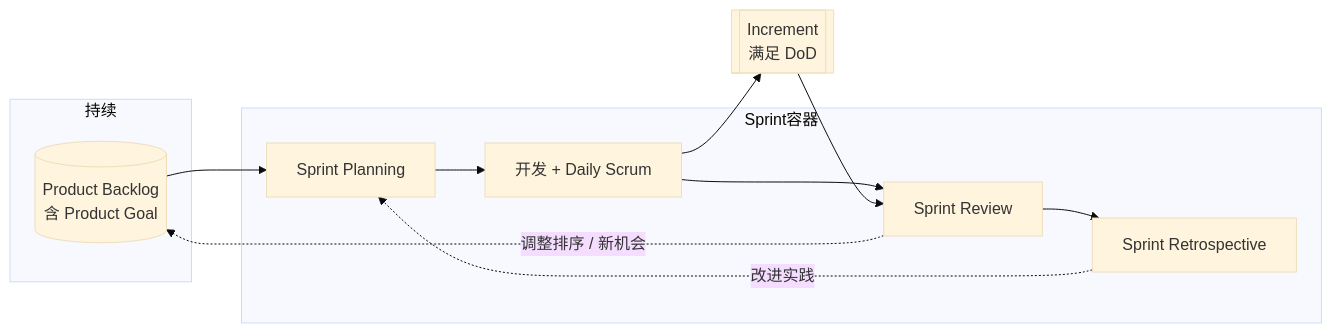
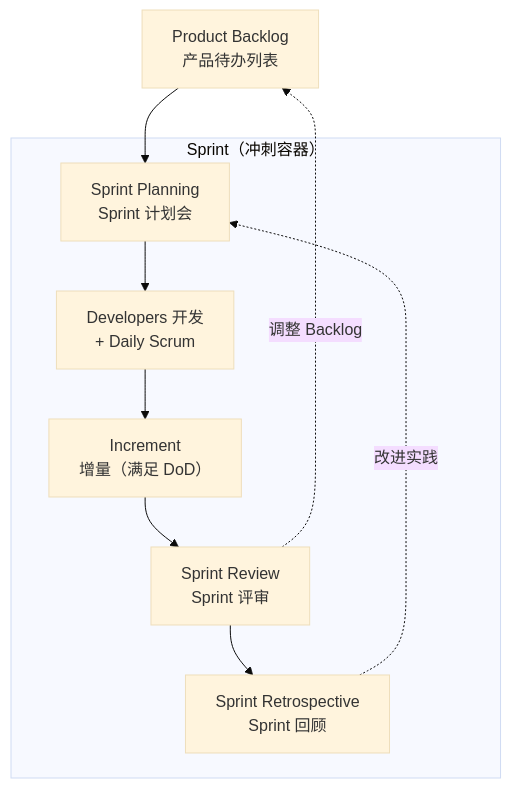
The diagram in content/scrum/_index.md (o92/blog), drawn with Mermaid (base theme) before and after one commit. The commit also changed other lines of this file and 16 other files, not shown here.

````diff
--- a/content/scrum/_index.md
+++ b/content/scrum/_index.md
@@ -15,20 +17,17 @@
 ```mermaid
-flowchart LR
-  subgraph 持续
-    PB[(Product Backlog<br/>含 Product Goal)]
-  end
+flowchart TD
+  PB["Product Backlog<br/>产品待办列表"]
 
-  subgraph Sprint容器
-    SP[Sprint Planning]
-    DEV[开发 + Daily Scrum]
-    SR[Sprint Review]
-    SRetro[Sprint Retrospective]
-    SP --> DEV --> SR --> SRetro
+  subgraph Sprint["Sprint（冲刺容器）"]
+    SP["Sprint Planning<br/>Sprint 计划会"]
+    DEV["Developers 开发<br/>+ Daily Scrum"]
+    INC["Increment<br/>增量（满足 DoD）"]
+    SR["Sprint Review<br/>Sprint 评审"]
+    Retro["Sprint Retrospective<br/>Sprint 回顾"]
+    SP --> DEV --> INC --> SR --> Retro
   end
 
   PB --> SP
-  DEV --> INC[[Increment<br/>满足 DoD]]
-  INC --> SR
-  SR -.->|调整排序 / 新机会| PB
-  SRetro -.->|改进实践| SP
+  SR -.->|调整 Backlog| PB
+  Retro -.->|改进实践| SP
 ```
````
